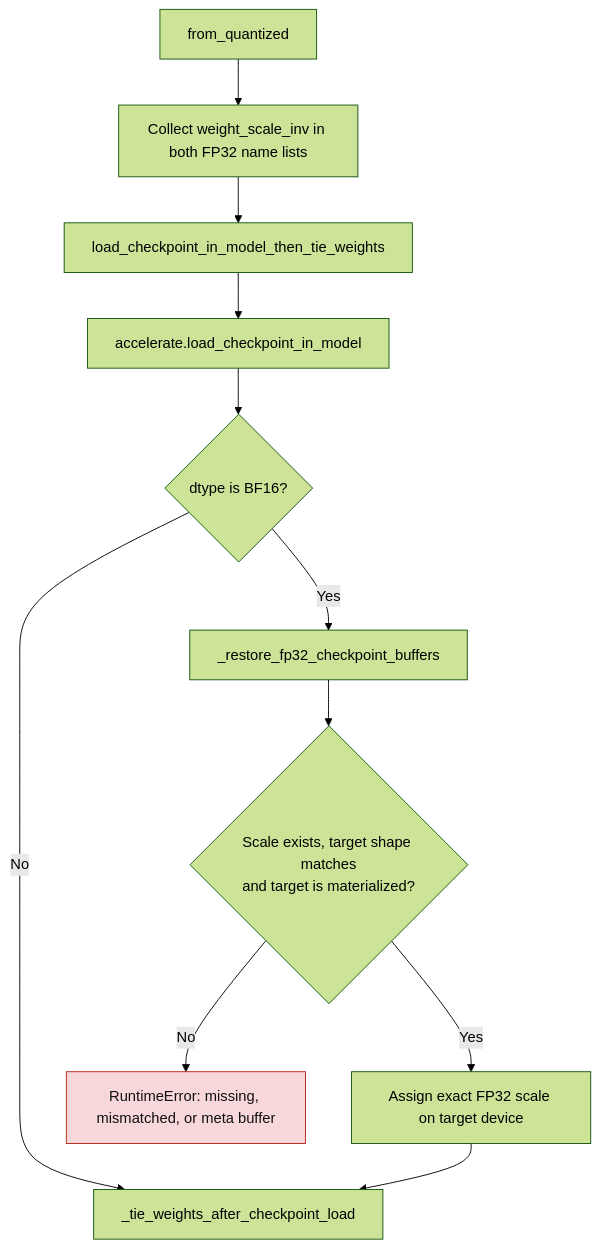
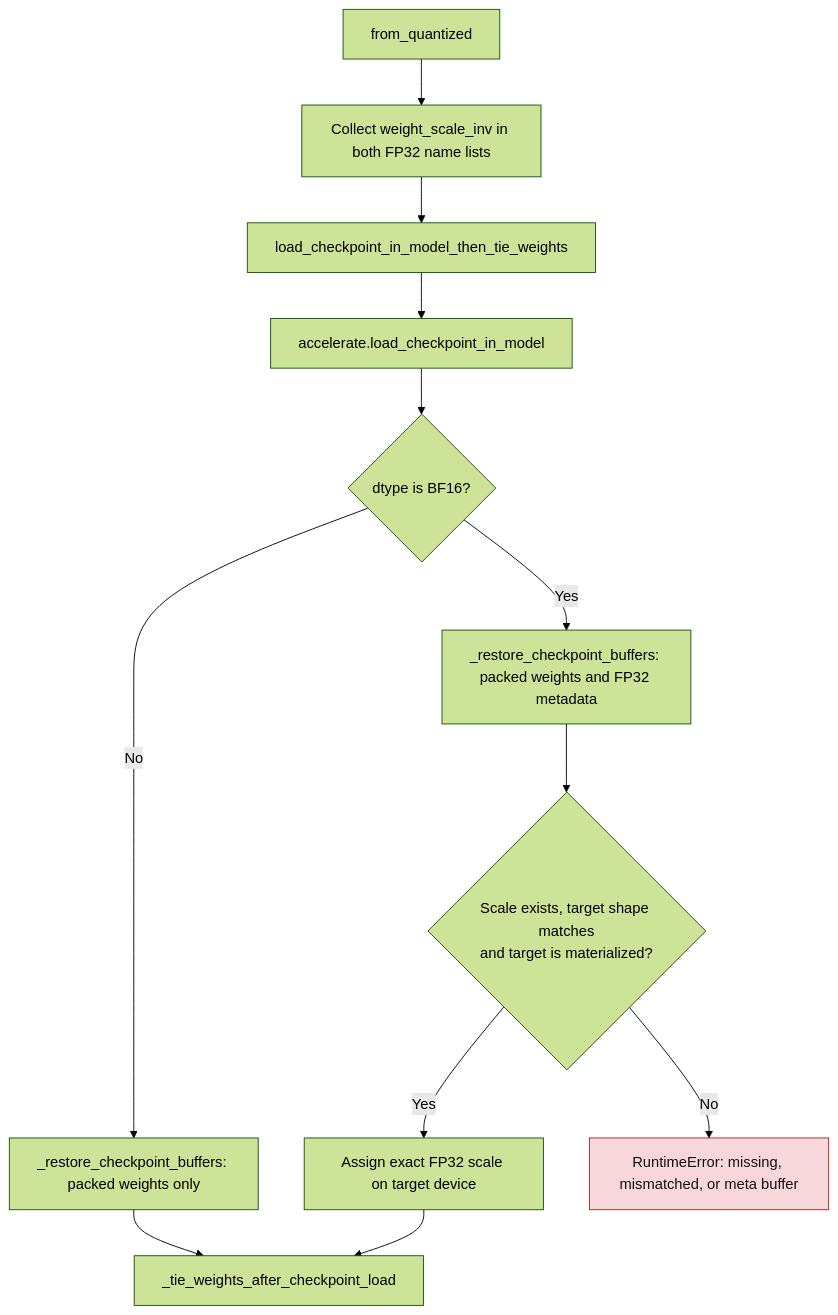
One commit to ModelCloud/GPTQModel changed the diagram in docs/fp8-inverse-scale-checkpoint-loading.md. Above: the diagram before and after it, drawn with Mermaid (forest theme). The commit also changed other lines of this file and 6 other files, not shown here.

Commit message:
docs(fp8): document packed weight checkpoint lifecycle

````diff
--- a/docs/fp8-inverse-scale-checkpoint-loading.md
+++ b/docs/fp8-inverse-scale-checkpoint-loading.md
@@ -11,15 +11,16 @@
 ```mermaid
 flowchart TD
     A["from_quantized"] --> S["Collect weight_scale_inv in both FP32 name lists"]
     S --> B["load_checkpoint_in_model_then_tie_weights"]
     B --> C["accelerate.load_checkpoint_in_model"]
     C --> D{"dtype is BF16?"}
-    D -- No --> T["_tie_weights_after_checkpoint_load"]
-    D -- Yes --> F["_restore_fp32_checkpoint_buffers"]
-    F --> G{"Scale exists, target shape matches<br/>and target is materialized?"}
+    D -- No --> P["_restore_checkpoint_buffers: packed weights only"]
+    P --> T["_tie_weights_after_checkpoint_load"]
+    D -- Yes --> R["_restore_checkpoint_buffers: packed weights and FP32 metadata"]
+    R --> G{"Scale exists, target shape matches<br/>and target is materialized?"}
     G -- Yes --> H["Assign exact FP32 scale on target device"]
     H --> T
     G -- No --> X["RuntimeError: missing, mismatched, or meta buffer"]
     classDef failure fill:#f8d7da,stroke:#b42318,color:#111;
     class X failure;
 ```
````
